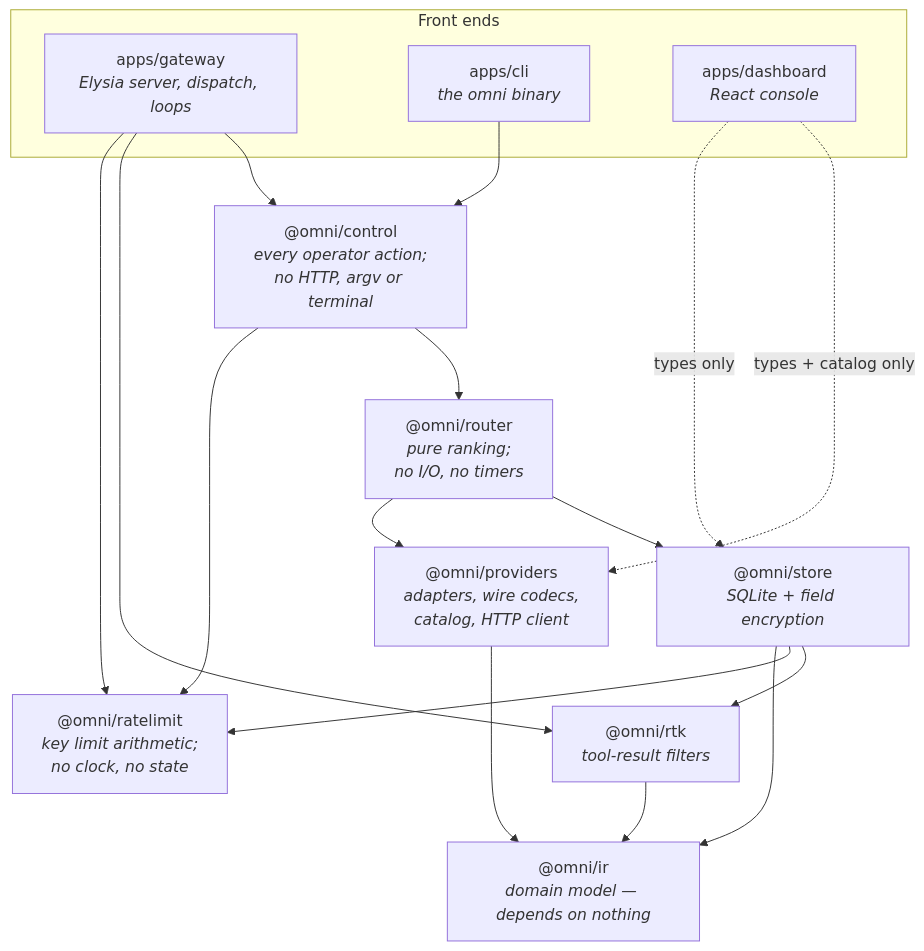
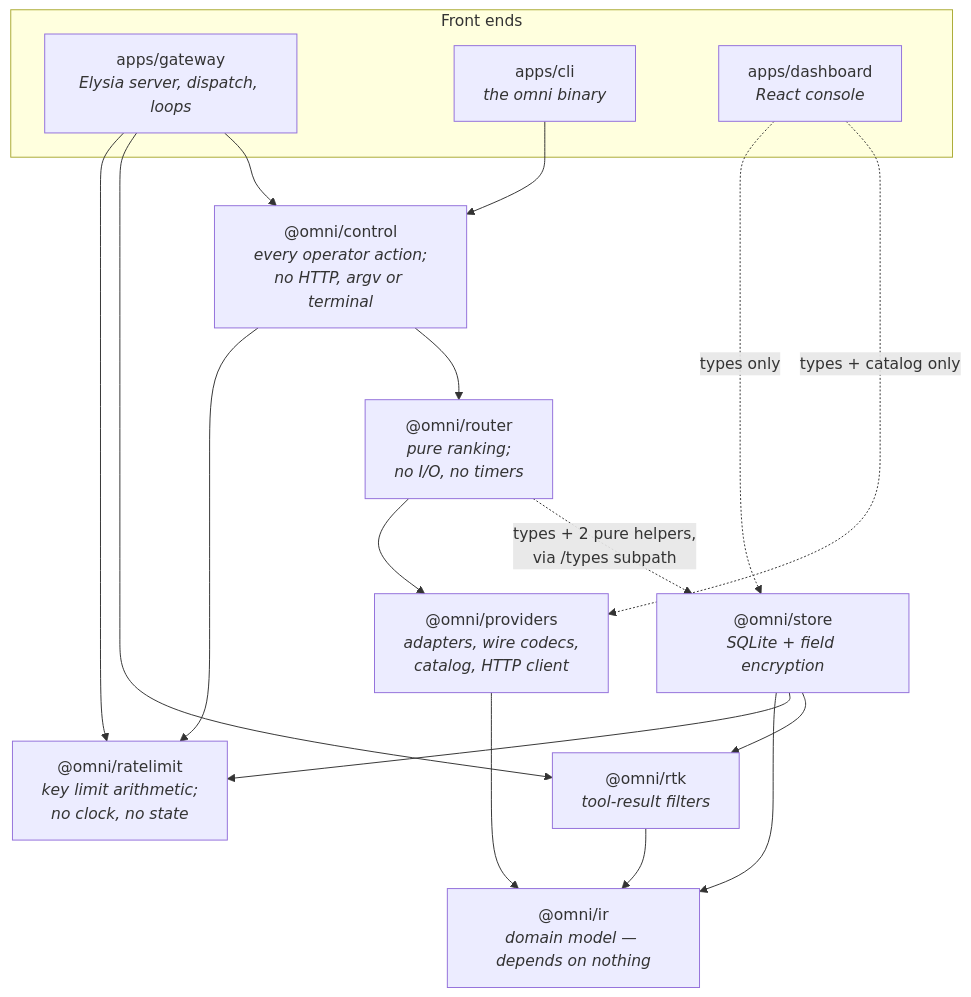
One commit to harismawan/omnigateway changed the diagram in README.md. Above: the diagram before and after it, drawn with Mermaid. The commit also changed other lines of this file, not shown here.

First line of the commit message:
docs(readme): mark router-store edge type-level

````diff
--- a/README.md
+++ b/README.md
@@ -60,32 +60,32 @@
 ```mermaid
 graph TD
   subgraph frontends[Front ends]
     gateway["apps/gateway<br/><i>Elysia server, dispatch, loops</i>"]
     cli["apps/cli<br/><i>the omni binary</i>"]
     dashboard["apps/dashboard<br/><i>React console</i>"]
   end
 
   control["@omni/control<br/><i>every operator action;<br/>no HTTP, argv or terminal</i>"]
   router["@omni/router<br/><i>pure ranking;<br/>no I/O, no timers</i>"]
   store["@omni/store<br/><i>SQLite + field encryption</i>"]
   providers["@omni/providers<br/><i>adapters, wire codecs,<br/>catalog, HTTP client</i>"]
   rtk["@omni/rtk<br/><i>tool-result filters</i>"]
   ratelimit["@omni/ratelimit<br/><i>key limit arithmetic;<br/>no clock, no state</i>"]
   ir["@omni/ir<br/><i>domain model — depends on nothing</i>"]
 
   gateway --> control
   gateway --> rtk
   gateway --> ratelimit
   cli --> control
   dashboard -. "types + catalog only" .-> providers
   dashboard -. "types only" .-> store
   control --> router
   control --> ratelimit
-  router --> store
+  router -. "types + 2 pure helpers,<br/>via /types subpath" .-> store
   router --> providers
   store --> rtk
   store --> ratelimit
   providers --> ir
   rtk --> ir
   store --> ir
 ```
````
